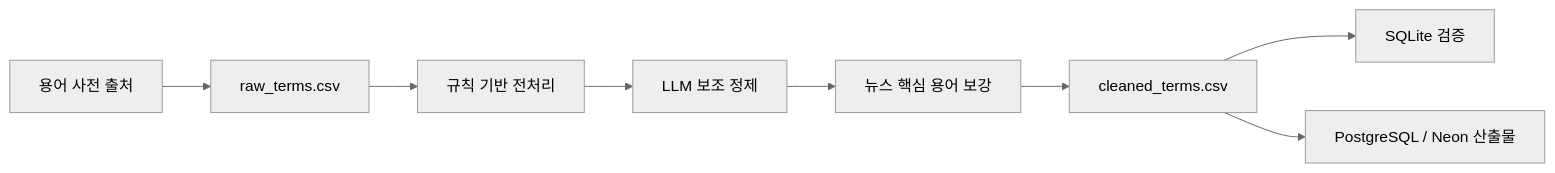
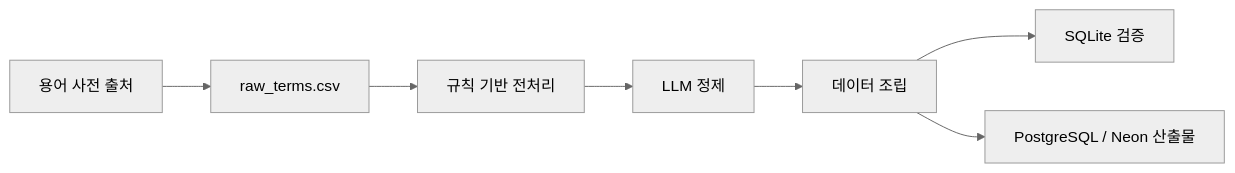
One commit to 9990-jangdokdae/dictionary changed the first of 2 diagrams in README.md. Above: the diagram before and after it, drawn with Mermaid (neutral theme). The commit also changed other lines of this file, not shown here.

Commit message:
docs: README 아키텍처 다이어그램 정리

````diff
--- a/README.md
+++ b/README.md
@@ -33,10 +33,9 @@
 ```mermaid
 flowchart LR
     A["용어 사전 출처"] --> B["raw_terms.csv"]
     B --> C["규칙 기반 전처리"]
-    C --> D["LLM 보조 정제"]
-    D --> H["뉴스 핵심 용어 보강"]
-    H --> E["cleaned_terms.csv"]
+    C --> D["LLM 정제"]
+    D --> E["데이터 조립"]
     E --> F["SQLite 검증"]
     E --> G["PostgreSQL / Neon 산출물"]
 ```
````
